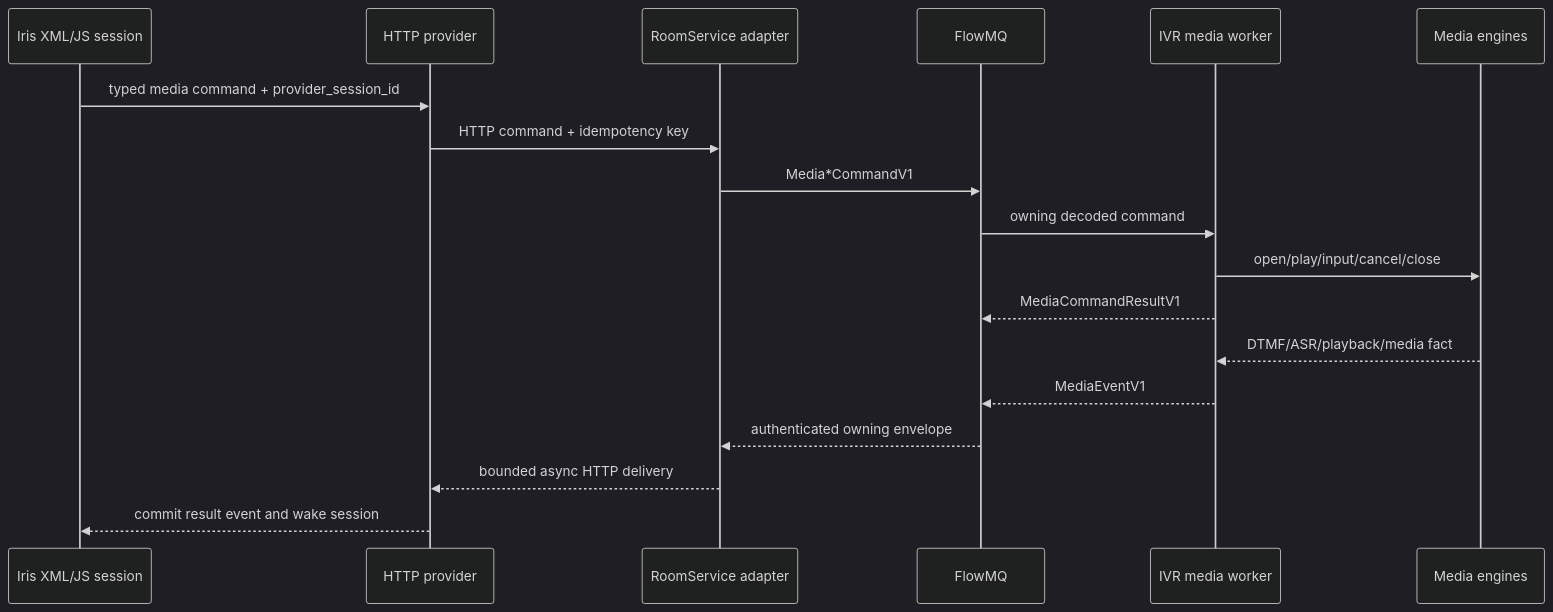
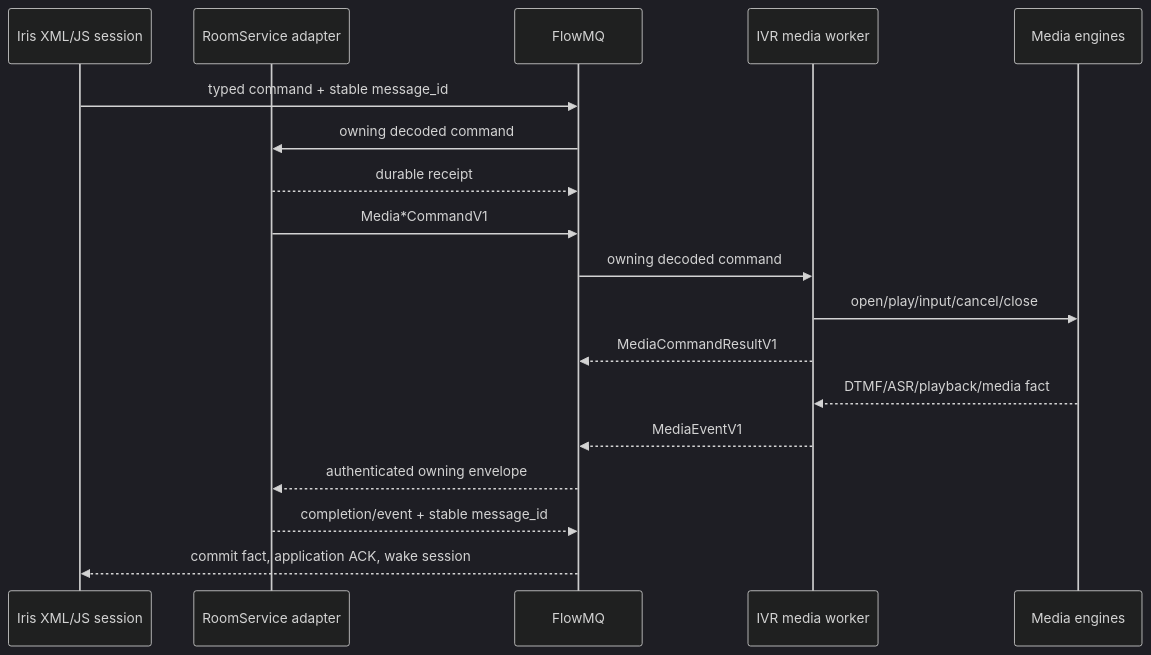
One commit to qigao/turbomedia changed the second of 2 diagrams in webrtc/docs/ivr-worker-architecture-zh.md. Above: the diagram before and after it, drawn with Mermaid (dark theme). The commit also changed other lines of this file and 74 other files, not shown here.

Commit message:
refactor(webrtc): migrate FlowMQ and TurboDB ORM

````diff
--- a/webrtc/docs/ivr-worker-architecture-zh.md
+++ b/webrtc/docs/ivr-worker-architecture-zh.md
@@ -42,21 +42,21 @@
 ```mermaid
 sequenceDiagram
   participant I as Iris XML/JS session
-  participant H as HTTP provider
   participant R as RoomService adapter
   participant F as FlowMQ
   participant W as IVR media worker
   participant M as Media engines
 
-  I->>H: typed media command + provider_session_id
-  H->>R: HTTP command + idempotency key
+  I->>F: typed command + stable message_id
+  F->>R: owning decoded command
+  R-->>F: durable receipt
   R->>F: Media*CommandV1
   F->>W: owning decoded command
   W->>M: open/play/input/cancel/close
   W-->>F: MediaCommandResultV1
   M-->>W: DTMF/ASR/playback/media fact
   W-->>F: MediaEventV1
   F-->>R: authenticated owning envelope
-  R-->>H: bounded async HTTP delivery
-  H-->>I: commit result event and wake session
+  R-->>F: completion/event + stable message_id
+  F-->>I: commit fact, application ACK, wake session
 ```
````
